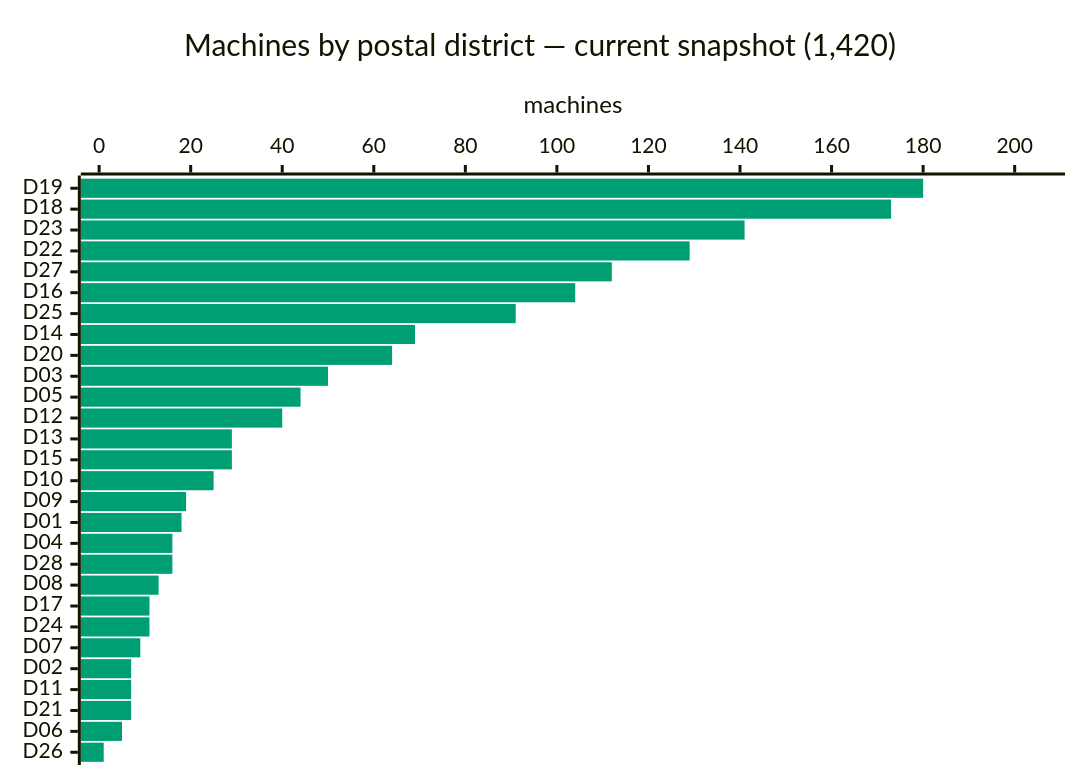
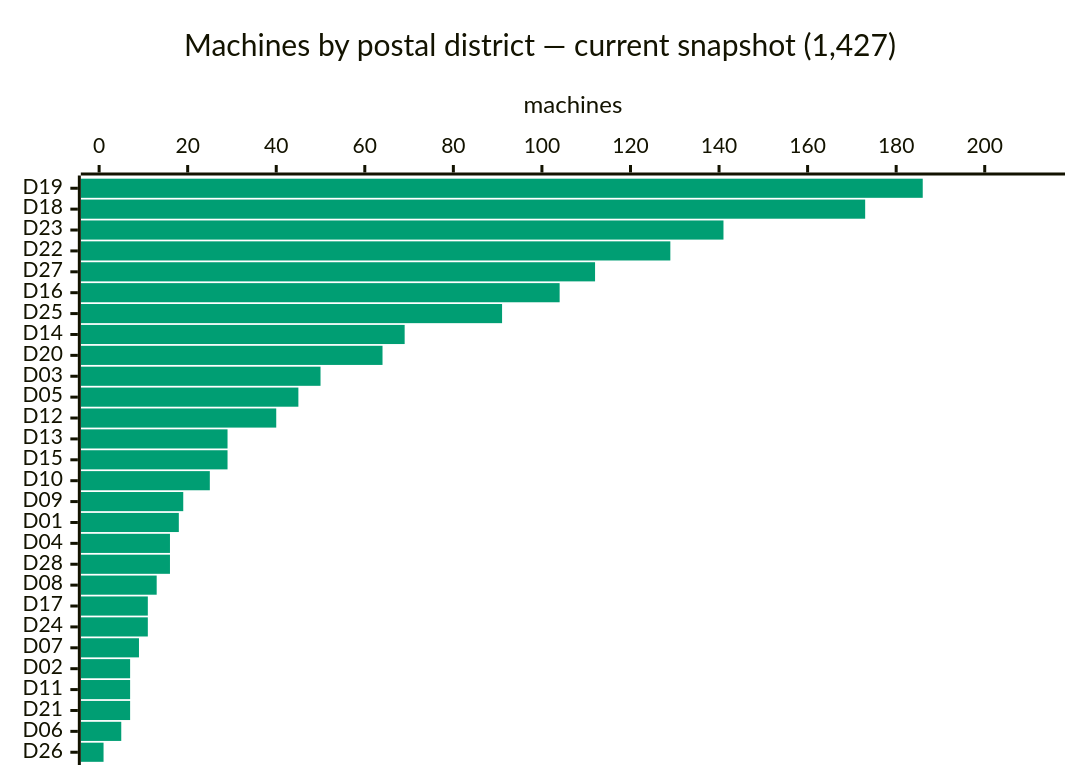
One commit to cheeaun/returnright-data changed the third of 5 diagrams in ANALYSIS.md. Above: the diagram before and after it, drawn with Mermaid. The commit also changed other lines of this file and 4 other files, not shown here.

````diff
--- a/ANALYSIS.md
+++ b/ANALYSIS.md
@@ -90,16 +88,16 @@
 ```mermaid
 ---
 config:
   themeVariables:
     xyChart:
       plotColorPalette: "#009E73"
   xyChart:
     chartOrientation: "horizontal"
     plotReservedSpacePercent: 40
 ---
 xychart-beta
-    title "Machines by postal district — current snapshot (1,420)"
+    title "Machines by postal district — current snapshot (1,427)"
     x-axis ["D19", "D18", "D23", "D22", "D27", "D16", "D25", "D14", "D20", "D03", "D05", "D12", "D13", "D15", "D10", "D09", "D01", "D04", "D28", "D08", "D17", "D24", "D07", "D02", "D11", "D21", "D06", "D26"]
-    y-axis "machines" 0 --> 207
-    bar [180, 173, 141, 129, 112, 104, 91, 69, 64, 50, 44, 40, 29, 29, 25, 19, 18, 16, 16, 13, 11, 11, 9, 7, 7, 7, 5, 1]
+    y-axis "machines" 0 --> 214
+    bar [186, 173, 141, 129, 112, 104, 91, 69, 64, 50, 45, 40, 29, 29, 25, 19, 18, 16, 16, 13, 11, 11, 9, 7, 7, 7, 5, 1]
 ```
````
